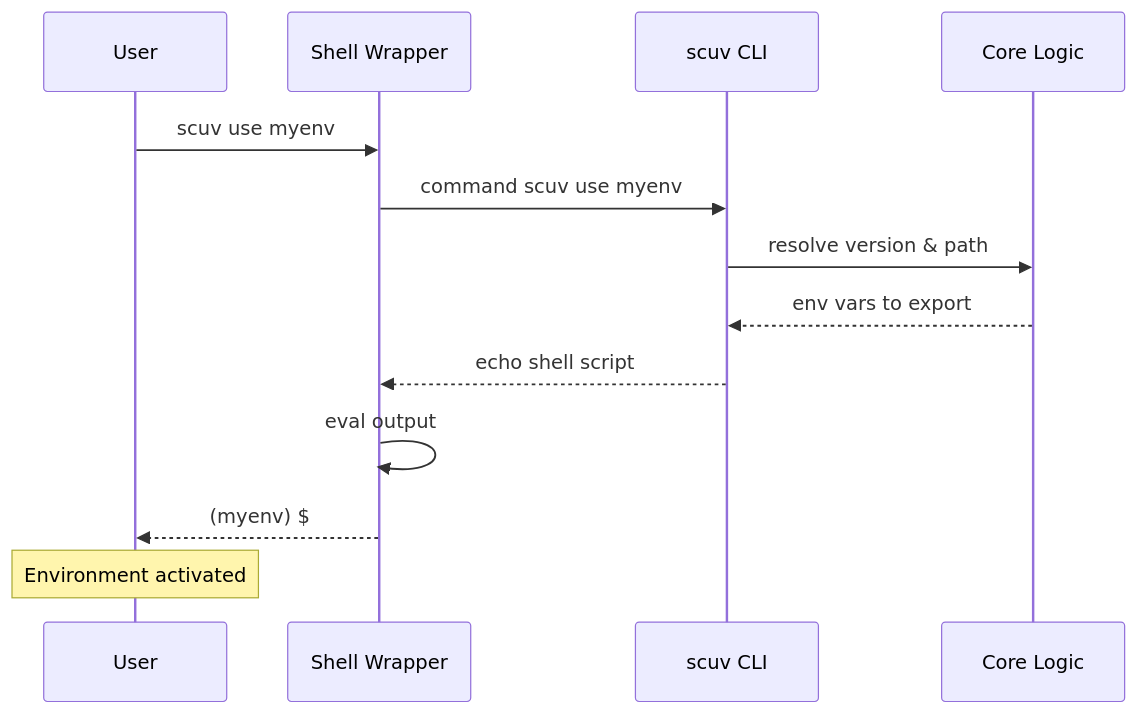
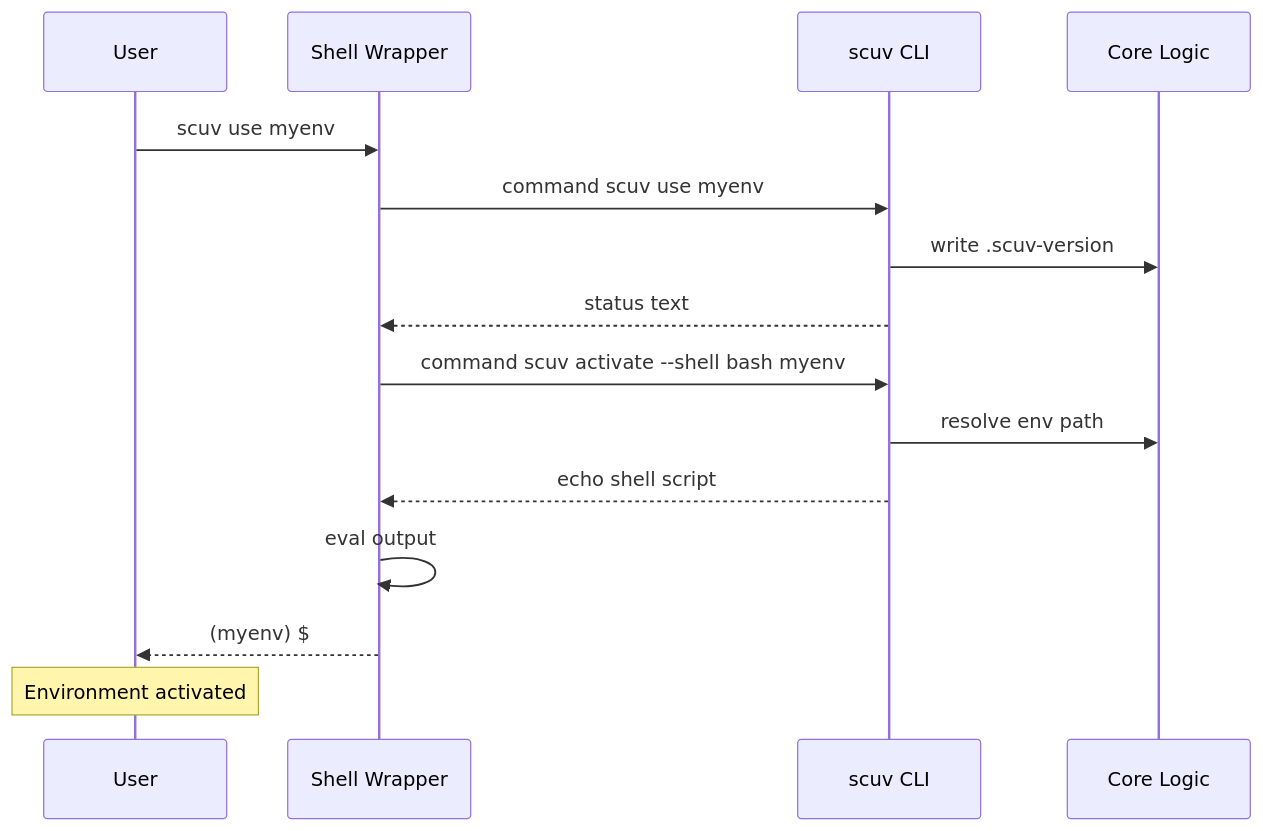
Before and after one commit to ai-screams/scoop-uv: the third of 6 diagrams in docs/src/development/architecture.md, drawn with Mermaid. The commit also changed other lines of this file and 18 other files, not shown here.

````diff
--- a/docs/src/development/architecture.md
+++ b/docs/src/development/architecture.md
@@ -205,16 +205,18 @@
 ```mermaid
 sequenceDiagram
     participant User
     participant Shell as Shell Wrapper
     participant CLI as scuv CLI
     participant Core as Core Logic
 
     User->>Shell: scuv use myenv
     Shell->>CLI: command scuv use myenv
-    CLI->>Core: resolve version & path
-    Core-->>CLI: env vars to export
+    CLI->>Core: write .scuv-version
+    CLI-->>Shell: status text
+    Shell->>CLI: command scuv activate --shell bash myenv
+    CLI->>Core: resolve env path
     CLI-->>Shell: echo shell script
     Shell->>Shell: eval output
     Shell-->>User: (myenv) $
     Note over User: Environment activated
 ```
````
